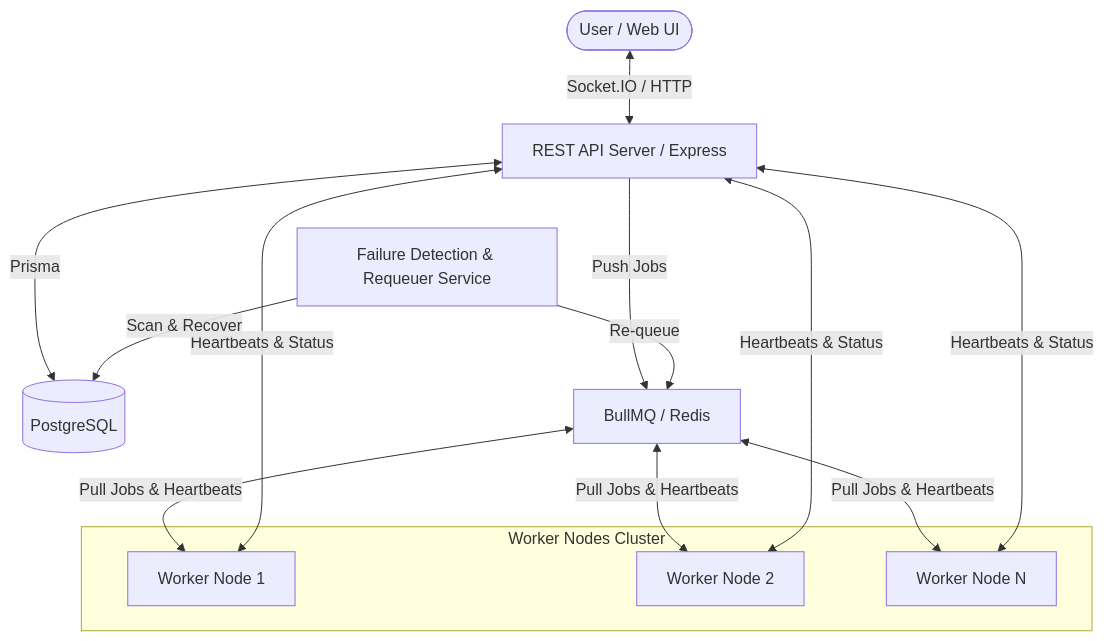
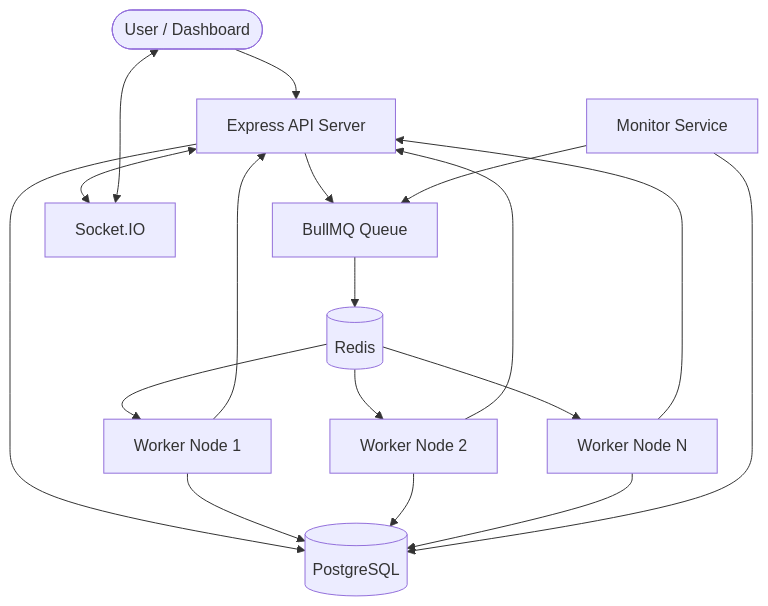
One commit to Jayapriya-jp-cmd/Job-execution changed the diagram in README.md. Above: the diagram before and after it, drawn with Mermaid. The commit also changed other lines of this file, not shown here.

````diff
--- a/README.md
+++ b/README.md
@@ -17,23 +147,34 @@
 ```mermaid
 graph TD
-    User([User / Web UI]) <--> |Socket.IO / HTTP| API[REST API Server / Express]
-    API <--> |Prisma| DB[(PostgreSQL)]
-    API ---> |Push Jobs| Queue[BullMQ / Redis]
-    
-    subgraph Cluster [Worker Nodes Cluster]
-        Worker1[Worker Node 1]
-        Worker2[Worker Node 2]
-        WorkerN[Worker Node N]
-    end
-    
-    Queue <--> |Pull Jobs & Heartbeats| Worker1
-    Queue <--> |Pull Jobs & Heartbeats| Worker2
-    Queue <--> |Pull Jobs & Heartbeats| WorkerN
-    
-    Worker1 <--> |Heartbeats & Status| API
-    Worker2 <--> |Heartbeats & Status| API
-    WorkerN <--> |Heartbeats & Status| API
-    
-    Monitor[Failure Detection & Requeuer Service] --> |Scan & Recover| DB
-    Monitor --> |Re-queue| Queue
+
+User([User / Dashboard])
+
+User --> API[Express API Server]
+
+API --> DB[(PostgreSQL)]
+
+API --> Queue[BullMQ Queue]
+
+Queue --> Redis[(Redis)]
+
+Redis --> Worker1[Worker Node 1]
+Redis --> Worker2[Worker Node 2]
+Redis --> WorkerN[Worker Node N]
+
+Worker1 --> DB
+Worker2 --> DB
+WorkerN --> DB
+
+Worker1 --> API
+Worker2 --> API
+WorkerN --> API
+
+Monitor[Monitor Service]
+
+Monitor --> DB
+Monitor --> Queue
+
+API <--> Socket[Socket.IO]
+
+Socket <--> User
 ```
````
